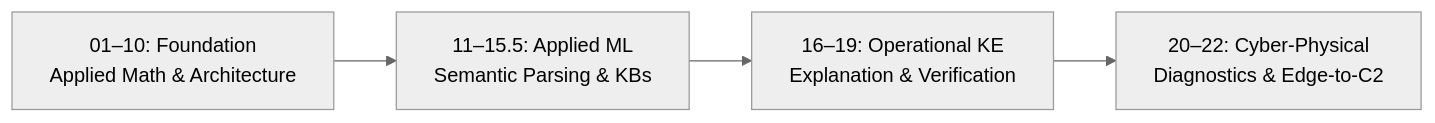
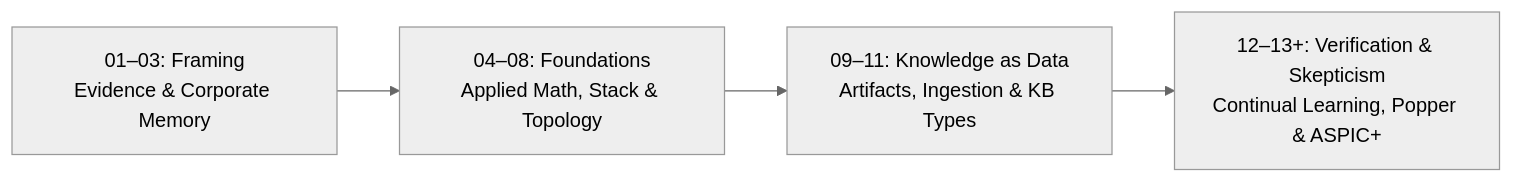
Before and after one commit to nick-fedchik/nick-fedchik: the diagram in README.md, drawn with Mermaid (neutral theme). The commit also changed other lines of this file, not shown here.

````diff
--- a/README.md
+++ b/README.md
@@ -34,6 +73,6 @@
 ```mermaid
 flowchart LR
-    L1["01–10: Foundation<br/>Applied Math & Architecture"] --> L2["11–15.5: Applied ML<br/>Semantic Parsing & KBs"]
-    L2 --> L3["16–19: Operational KE<br/>Explanation & Verification"]
-    L3 --> L4["20–22: Cyber-Physical<br/>Diagnostics & Edge-to-C2"]
+    L1["01–03: Framing<br/>Evidence & Corporate Memory"] --> L2["04–08: Foundations<br/>Applied Math, Stack & Topology"]
+    L2 --> L3["09–11: Knowledge as Data<br/>Artifacts, Ingestion & KB Types"]
+    L3 --> L4["12–13+: Verification & Skepticism<br/>Continual Learning, Popper & ASPIC+"]
 ```
````
